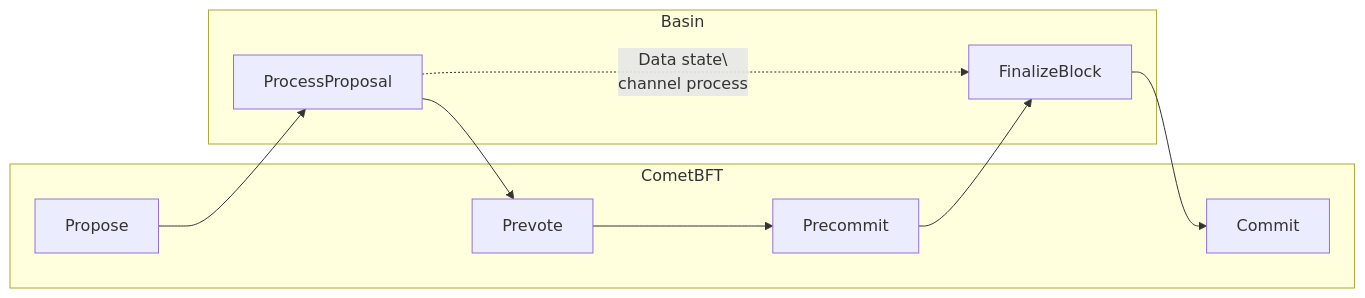
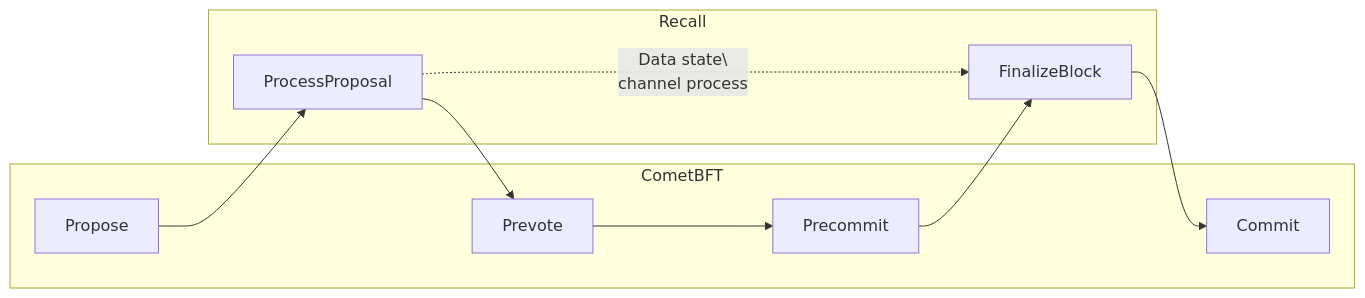
The second of 2 diagrams in docs/architecture/state-channels.mdx (recallnet/docs), drawn with Mermaid before and after one commit. The commit also changed other lines of this file and 20 other files, not shown here.

Commit message:
chore: rename basin -> recall | fvm, datachain removal

````diff
--- a/docs/architecture/state-channels.mdx
+++ b/docs/architecture/state-channels.mdx
@@ -187,23 +187,23 @@
 ```mermaid
 graph LR
     subgraph CometBFT
         Propose
         Prevote
         Precommit
         Commit
     end
 
-    subgraph Basin
+    subgraph Recall
         ProcessProposal
         FinalizeBlock
     end
 
     Propose --> ProcessProposal
     ProcessProposal --> Prevote
     Prevote --> Precommit
     Precommit --> FinalizeBlock
     FinalizeBlock --> Commit
 
     ProcessProposal -. "Data state\\nchannel process" .-> FinalizeBlock
 
 ```
````
